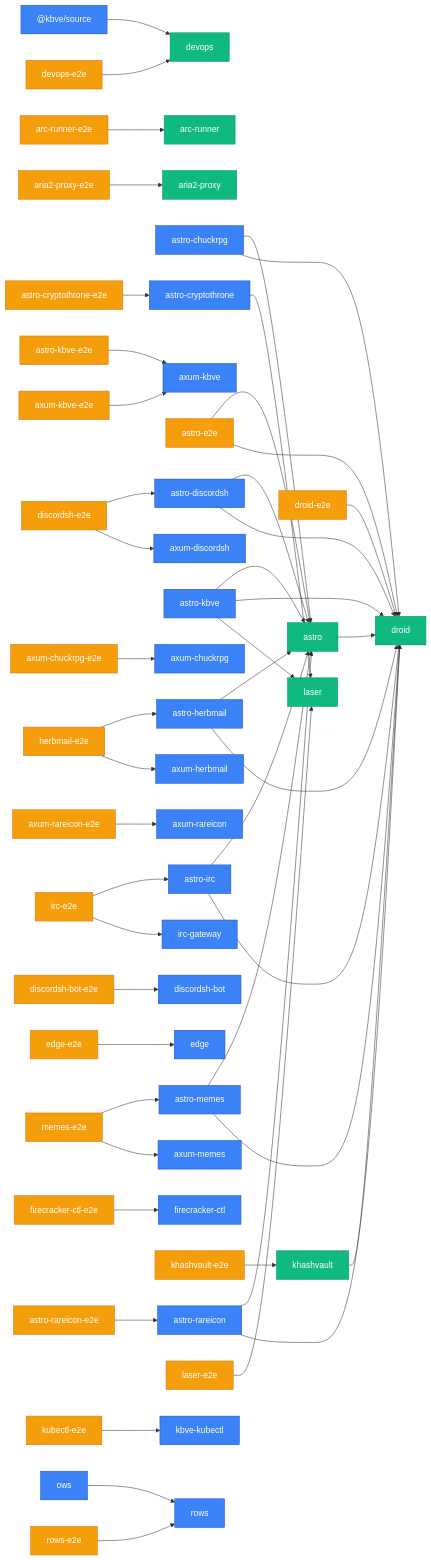
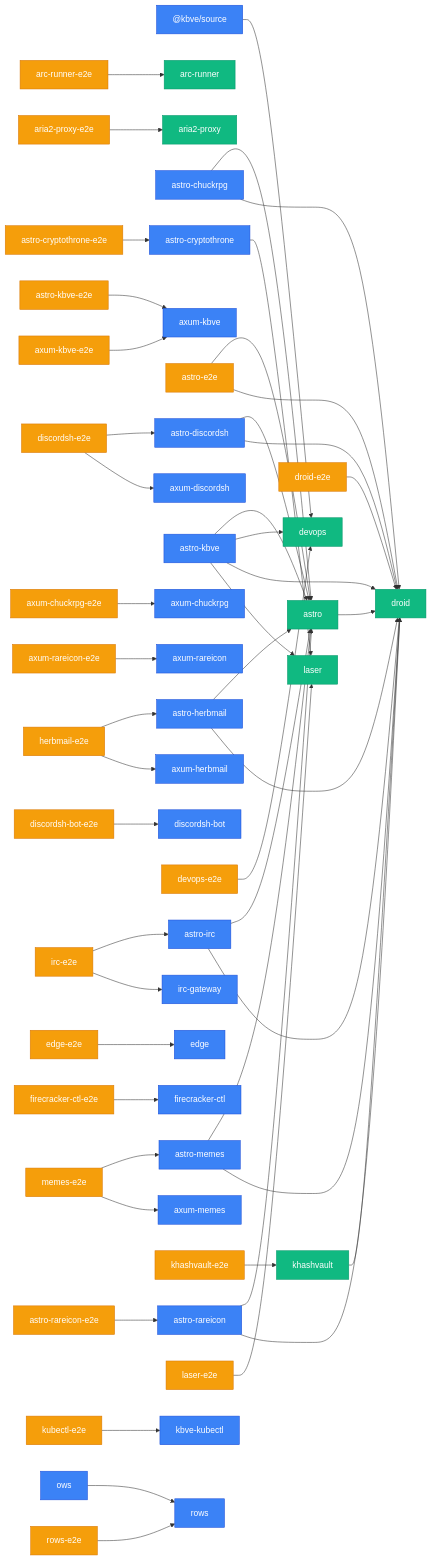
The third of 3 diagrams in apps/kbve/astro-kbve/src/content/docs/dashboard/graph.mdx (KBVE/kbve), drawn with Mermaid before and after one commit. The commit also changed other lines of this file and 8 other files, not shown here.

````diff
--- a/apps/kbve/astro-kbve/src/content/docs/dashboard/graph.mdx
+++ b/apps/kbve/astro-kbve/src/content/docs/dashboard/graph.mdx
@@ -79,56 +79,57 @@
 ```mermaid
 graph LR
     classDef app fill:#3b82f6,stroke:#1d4ed8,color:#fff
     classDef lib fill:#10b981,stroke:#059669,color:#fff
     classDef e2e fill:#f59e0b,stroke:#d97706,color:#fff
     _kbve_source["@kbve/source"] --> devops["devops"]
     arc_runner_e2e["arc-runner-e2e"] --> arc_runner["arc-runner"]
     aria2_proxy_e2e["aria2-proxy-e2e"] --> aria2_proxy["aria2-proxy"]
     astro["astro"] --> droid["droid"]
     astro_chuckrpg["astro-chuckrpg"] --> astro["astro"]
     astro_chuckrpg["astro-chuckrpg"] --> droid["droid"]
     astro_cryptothrone["astro-cryptothrone"] --> laser["laser"]
     astro_cryptothrone_e2e["astro-cryptothrone-e2e"] --> astro_cryptothrone["astro-cryptothrone"]
     astro_discordsh["astro-discordsh"] --> astro["astro"]
     astro_discordsh["astro-discordsh"] --> droid["droid"]
     astro_e2e["astro-e2e"] --> astro["astro"]
     astro_e2e["astro-e2e"] --> droid["droid"]
     astro_herbmail["astro-herbmail"] --> astro["astro"]
     astro_herbmail["astro-herbmail"] --> droid["droid"]
     astro_irc["astro-irc"] --> astro["astro"]
     astro_irc["astro-irc"] --> droid["droid"]
     astro_kbve["astro-kbve"] --> astro["astro"]
+    astro_kbve["astro-kbve"] --> devops["devops"]
     astro_kbve["astro-kbve"] --> droid["droid"]
     astro_kbve["astro-kbve"] --> laser["laser"]
     astro_kbve_e2e["astro-kbve-e2e"] --> axum_kbve["axum-kbve"]
     astro_memes["astro-memes"] --> astro["astro"]
     astro_memes["astro-memes"] --> droid["droid"]
     astro_rareicon["astro-rareicon"] --> astro["astro"]
     astro_rareicon["astro-rareicon"] --> droid["droid"]
     astro_rareicon_e2e["astro-rareicon-e2e"] --> astro_rareicon["astro-rareicon"]
     axum_chuckrpg_e2e["axum-chuckrpg-e2e"] --> axum_chuckrpg["axum-chuckrpg"]
     axum_kbve_e2e["axum-kbve-e2e"] --> axum_kbve["axum-kbve"]
     axum_rareicon_e2e["axum-rareicon-e2e"] --> axum_rareicon["axum-rareicon"]
     devops_e2e["devops-e2e"] --> devops["devops"]
     discordsh_bot_e2e["discordsh-bot-e2e"] --> discordsh_bot["discordsh-bot"]
     discordsh_e2e["discordsh-e2e"] --> astro_discordsh["astro-discordsh"]
     discordsh_e2e["discordsh-e2e"] --> axum_discordsh["axum-discordsh"]
     droid_e2e["droid-e2e"] --> droid["droid"]
     edge_e2e["edge-e2e"] --> edge["edge"]
     firecracker_ctl_e2e["firecracker-ctl-e2e"] --> firecracker_ctl["firecracker-ctl"]
     herbmail_e2e["herbmail-e2e"] --> astro_herbmail["astro-herbmail"]
     herbmail_e2e["herbmail-e2e"] --> axum_herbmail["axum-herbmail"]
     irc_e2e["irc-e2e"] --> astro_irc["astro-irc"]
     irc_e2e["irc-e2e"] --> irc_gateway["irc-gateway"]
     khashvault["khashvault"] --> droid["droid"]
     khashvault_e2e["khashvault-e2e"] --> khashvault["khashvault"]
     kubectl_e2e["kubectl-e2e"] --> kbve_kubectl["kbve-kubectl"]
     laser_e2e["laser-e2e"] --> laser["laser"]
     memes_e2e["memes-e2e"] --> astro_memes["astro-memes"]
     memes_e2e["memes-e2e"] --> axum_memes["axum-memes"]
     ows["ows"] --> rows["rows"]
     rows_e2e["rows-e2e"] --> rows["rows"]
     class _kbve_source,angelscript,astro_chuckrpg,astro_cryptothrone,astro_discordsh,astro_herbmail,astro_irc,astro_kbve,astro_memes,astro_rareicon,axum_chuckrpg,axum_cryptothrone,axum_discordsh,axum_herbmail,axum_kbve,axum_memes,axum_rareicon,cryptothrone,desktop_kbve,discordsh,discordsh_bot,edge,firecracker_ctl,herbmail,iot_edge_worker,irc,irc_gateway,isometric,kbve_kubectl,kilobase,mc,mc_lobby,mc_velocity,memes,notification_bot,ows,pydesk,rows,unity_rareicon app
     class arc_runner,aria2_proxy,astro,bevy_battle,bevy_behavior,bevy_cam,bevy_chat,bevy_db,bevy_inventory,bevy_items,bevy_kbve_net,bevy_mapdb,bevy_npc,bevy_pathfinder,bevy_player,bevy_quests,bevy_skills,bevy_statemachine,bevy_supa,bevy_tasker,chisel_ubuntu_axum,data_proto,devops,droid,erust,firecracker_python_net,holy,jedi,kbve,khashvault,laser,python_fudster,python_kbve,q,steamcmd_ubuntu,uniti lib
     class arc_runner_e2e,aria2_proxy_e2e,astro_cryptothrone_e2e,astro_e2e,astro_kbve_e2e,astro_rareicon_e2e,axum_chuckrpg_e2e,axum_kbve_e2e,axum_rareicon_e2e,devops_e2e,discordsh_bot_e2e,discordsh_e2e,droid_e2e,edge_e2e,firecracker_ctl_e2e,herbmail_e2e,irc_e2e,khashvault_e2e,kubectl_e2e,laser_e2e,memes_e2e,rows_e2e e2e
 ```
````
